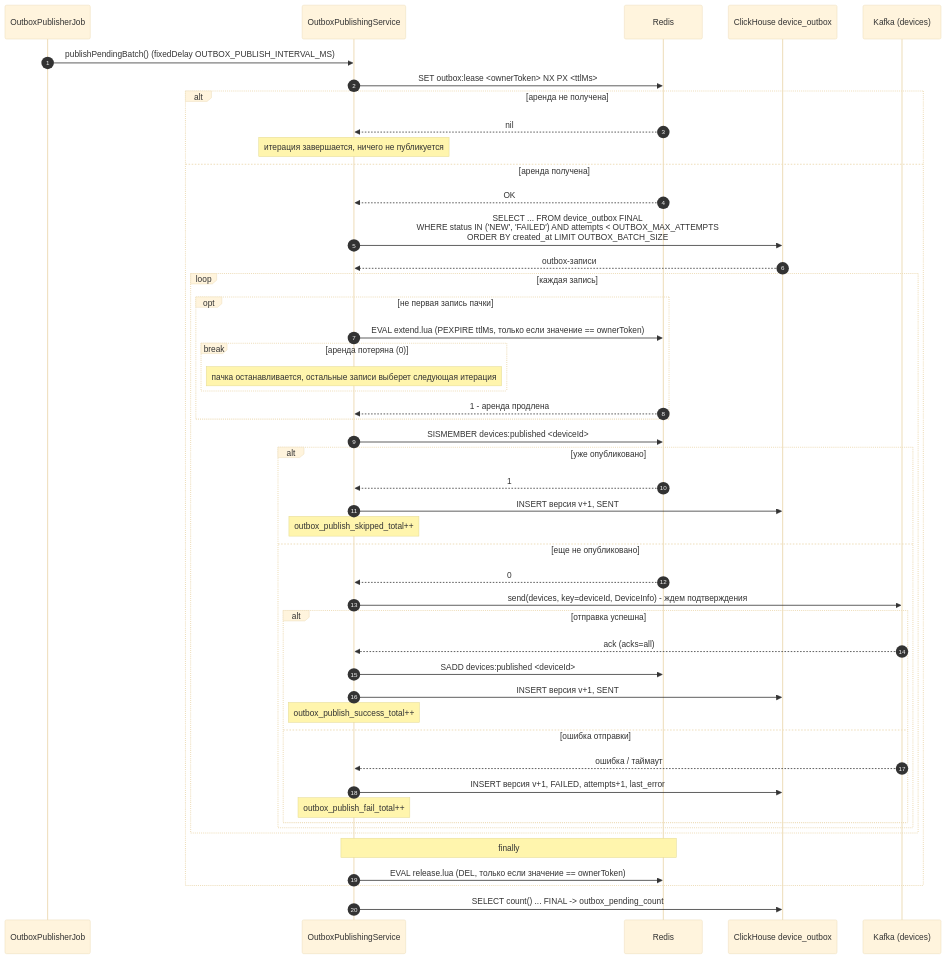
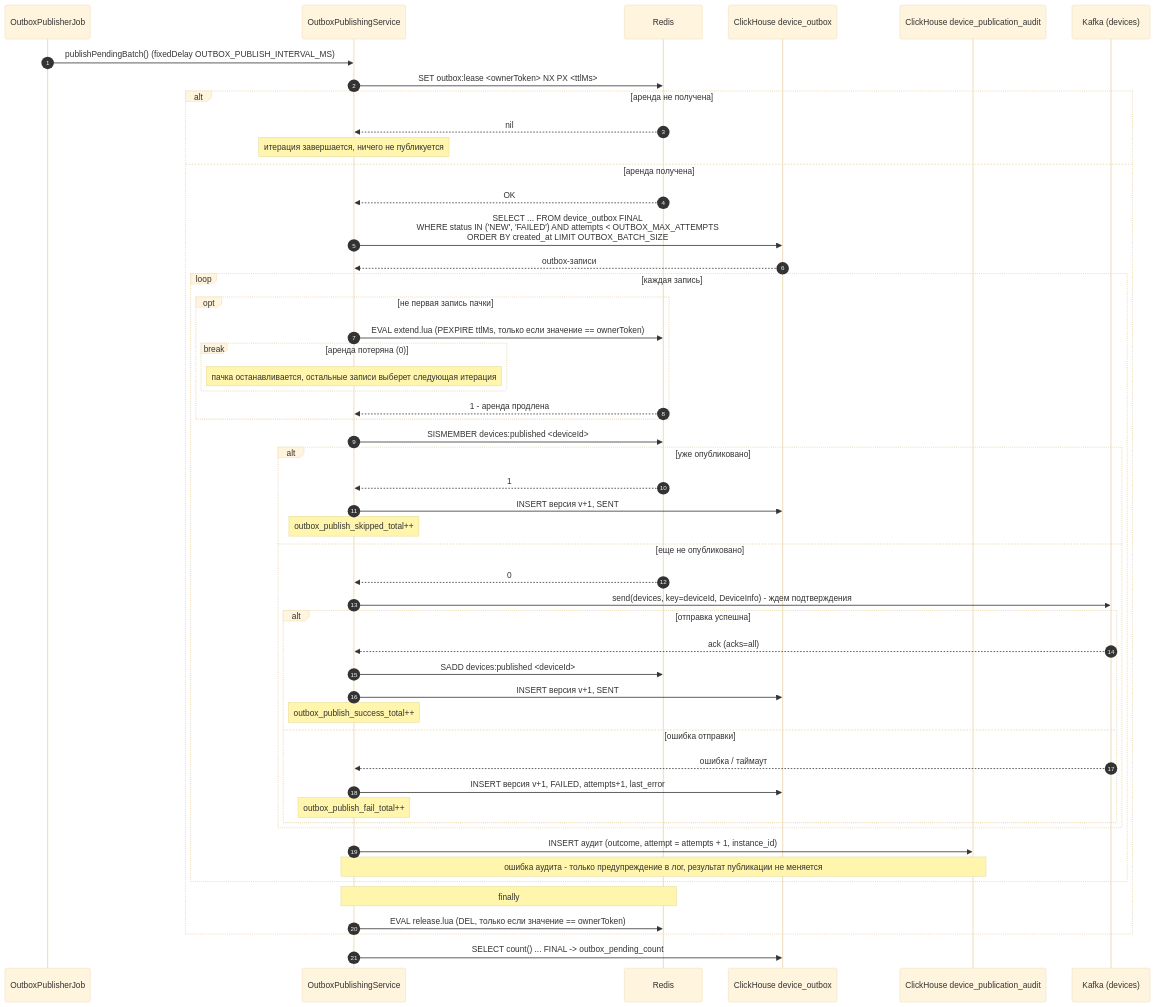
One commit to gluhov-d/iot-platform changed the diagram in diagrams/sequence-outbox-publish.mmd. Above: the diagram before and after it, drawn with Mermaid (base theme). The commit also changed 13 other files, not shown here.

```diff
--- a/diagrams/sequence-outbox-publish.mmd
+++ b/diagrams/sequence-outbox-publish.mmd
@@ -1,50 +1,53 @@
 %% Фоновая публикация outbox: один активный публикатор через Redis-аренду
 sequenceDiagram
     autonumber
     participant J as OutboxPublisherJob
     participant P as OutboxPublishingService
     participant R as Redis
     participant CH as ClickHouse device_outbox
+    participant A as ClickHouse device_publication_audit
     participant K as Kafka (devices)
 
     J->>P: publishPendingBatch() (fixedDelay OUTBOX_PUBLISH_INTERVAL_MS)
     P->>R: SET outbox:lease <ownerToken> NX PX <ttlMs>
     alt аренда не получена
         R-->>P: nil
         Note over P: итерация завершается, ничего не публикуется
     else аренда получена
         R-->>P: OK
         P->>CH: SELECT ... FROM device_outbox FINAL<br/>WHERE status IN ('NEW', 'FAILED') AND attempts < OUTBOX_MAX_ATTEMPTS<br/>ORDER BY created_at LIMIT OUTBOX_BATCH_SIZE
         CH-->>P: outbox-записи
         loop каждая запись
             opt не первая запись пачки
                 P->>R: EVAL extend.lua (PEXPIRE ttlMs, только если значение == ownerToken)
                 break аренда потеряна (0)
                     Note over P: пачка останавливается, остальные записи выберет следующая итерация
                 end
                 R-->>P: 1 - аренда продлена
             end
             P->>R: SISMEMBER devices:published <deviceId>
             alt уже опубликовано
                 R-->>P: 1
                 P->>CH: INSERT версия v+1, SENT
                 Note over P: outbox_publish_skipped_total++
             else еще не опубликовано
                 R-->>P: 0
                 P->>K: send(devices, key=deviceId, DeviceInfo) - ждем подтверждения
                 alt отправка успешна
                     K-->>P: ack (acks=all)
                     P->>R: SADD devices:published <deviceId>
                     P->>CH: INSERT версия v+1, SENT
                     Note over P: outbox_publish_success_total++
                 else ошибка отправки
                     K-->>P: ошибка / таймаут
                     P->>CH: INSERT версия v+1, FAILED, attempts+1, last_error
                     Note over P: outbox_publish_fail_total++
                 end
             end
+            P->>A: INSERT аудит (outcome, attempt = attempts + 1, instance_id)
+            Note over P,A: ошибка аудита - только предупреждение в лог, результат публикации не меняется
         end
         Note over P,R: finally
         P->>R: EVAL release.lua (DEL, только если значение == ownerToken)
     end
     P->>CH: SELECT count() ... FINAL -> outbox_pending_count
```
